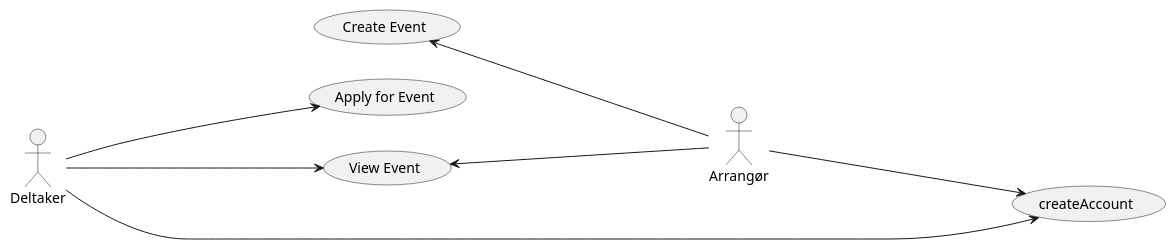
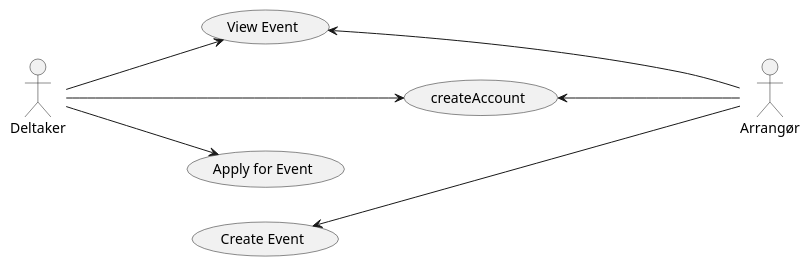
The diagram in UML/UseCaseSprint2.puml (emiliozim/seProject1), drawn with PlantUML before and after one commit. The commit also changed 6 other files, not shown here.

```diff
--- a/UML/UseCaseSprint2.puml
+++ b/UML/UseCaseSprint2.puml
@@ -1,16 +1,21 @@
 @startuml
 
 left to right direction
 
-Deltaker ---down--> (View Event)
-Deltaker ---down--> (Apply for Event)
-Deltaker ---down--> (createAccount)
+(Create Event)
+(Apply for Event)
+(Create Event)
+(createAccount)
+
+Deltaker -down--> (View Event)
+Deltaker -down--> (Apply for Event)
+Deltaker -down--> (createAccount)
 
 Arrangør ---up--> (Create Event)
-Arrangør ---down--> (createAccount)
+Arrangør -up--> (createAccount)
 
 
 Arrangør ---up--> (View Event)
 
 
 @enduml
```
